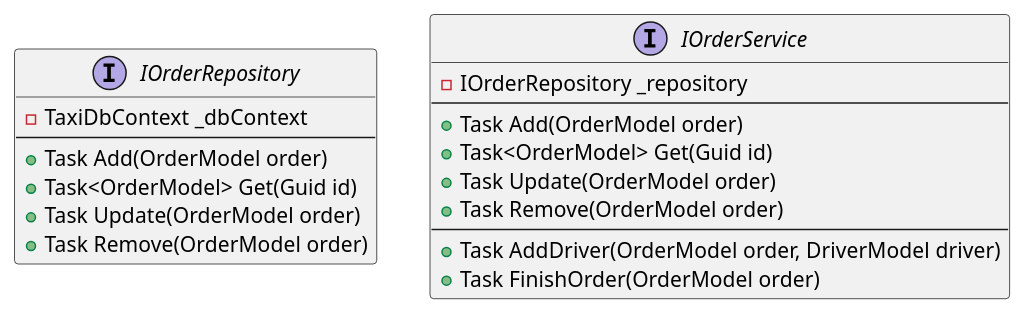
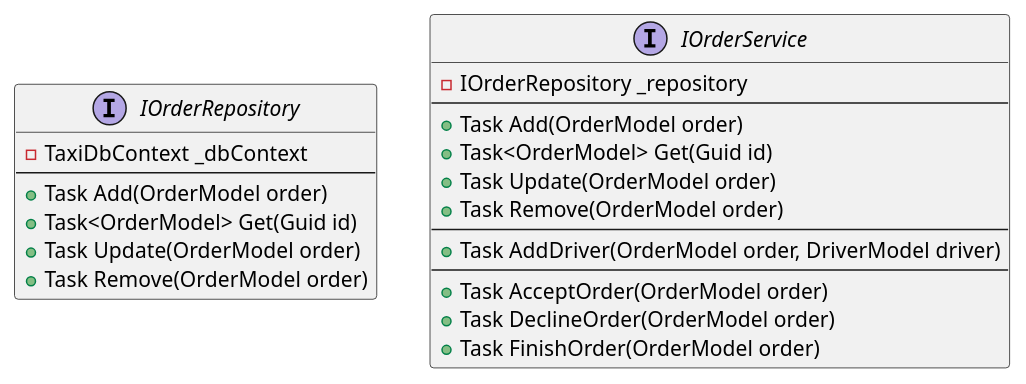
The diagram in Docs/OrderServiceScheme.puml (is-oop-y24/Pig-n-Go), drawn with PlantUML before and after one commit. The commit also changed 1 other file, not shown here.

Commit message:
Moved order methods to OrderService

```diff
--- a/Docs/OrderServiceScheme.puml
+++ b/Docs/OrderServiceScheme.puml
@@ -1,29 +1,32 @@
 @startuml
 'https://plantuml.com/class-diagram
 
 hide empty members
 
 interface IOrderRepository
 {
     - TaxiDbContext _dbContext
     --
     + Task Add(OrderModel order)
     + Task<OrderModel> Get(Guid id)
     + Task Update(OrderModel order)
     + Task Remove(OrderModel order)
 }
 
 interface IOrderService
 {
     - IOrderRepository _repository
     --
     + Task Add(OrderModel order)
     + Task<OrderModel> Get(Guid id)
     + Task Update(OrderModel order)
     + Task Remove(OrderModel order)
     --
     + Task AddDriver(OrderModel order, DriverModel driver)
+    --
+    + Task AcceptOrder(OrderModel order)
+    + Task DeclineOrder(OrderModel order)
     + Task FinishOrder(OrderModel order)
 }
 
 @enduml
```
